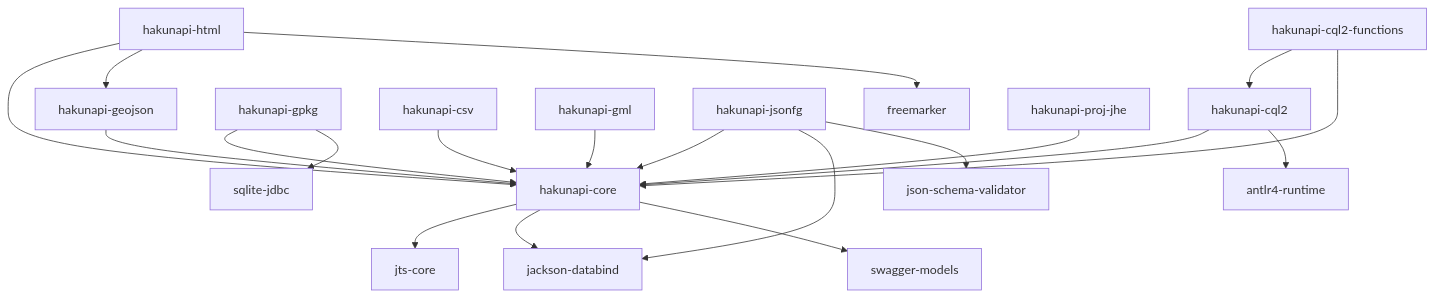
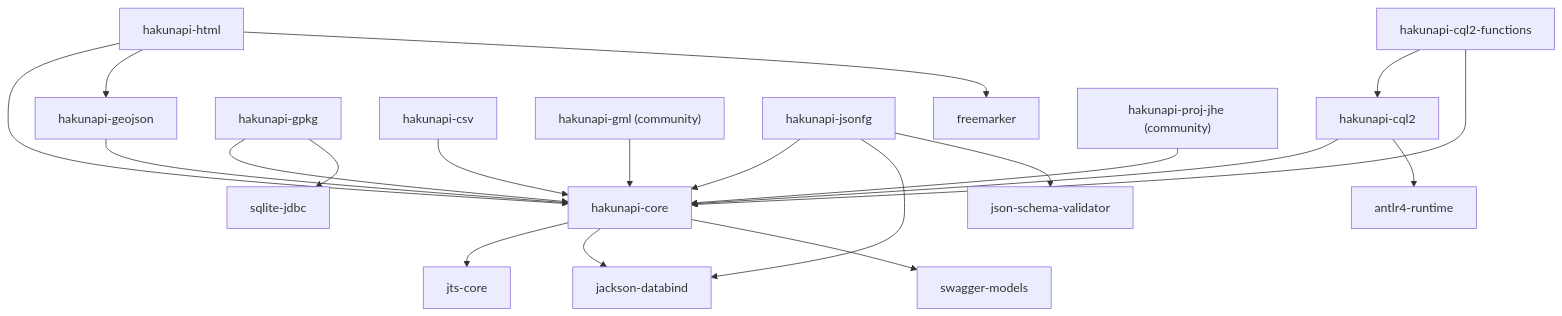
The first of 3 diagrams in docs/overview/modules.md (nlsfi/hakunapi), drawn with Mermaid before and after one commit. The commit also changed other lines of this file and 60 other files, not shown here.

````diff
--- a/docs/overview/modules.md
+++ b/docs/overview/modules.md
@@ -118,29 +124,29 @@
 ```mermaid
 graph TD
     core[hakunapi-core]
     core --> jts[jts-core]
     core --> jackson[jackson-databind]
     core --> swagger[swagger-models]
 
     %% Format modules
     geojson[hakunapi-geojson] --> core  
     html[hakunapi-html] --> core
     html --> geojson  
     html --> freemarker[freemarker]
     gpkg[hakunapi-gpkg] --> core
     gpkg --> sqlite[sqlite-jdbc]
     csv[hakunapi-csv] --> core
-    gml[hakunapi-gml] --> core
+    gml["hakunapi-gml (community)"] --> core
     jsonfg[hakunapi-jsonfg] --> core 
     jsonfg --> jackson
     jsonfg --> validator[json-schema-validator]
 
     %% Query modules
     cql2[hakunapi-cql2] --> core
     cql2 --> antlr[antlr4-runtime]
     cql2f[hakunapi-cql2-functions] --> cql2
     cql2f --> core
     
     %% Projection modules
-    proj_jhe[hakunapi-proj-jhe] --> core
+    proj_jhe["hakunapi-proj-jhe (community)"] --> core
 ```
````
